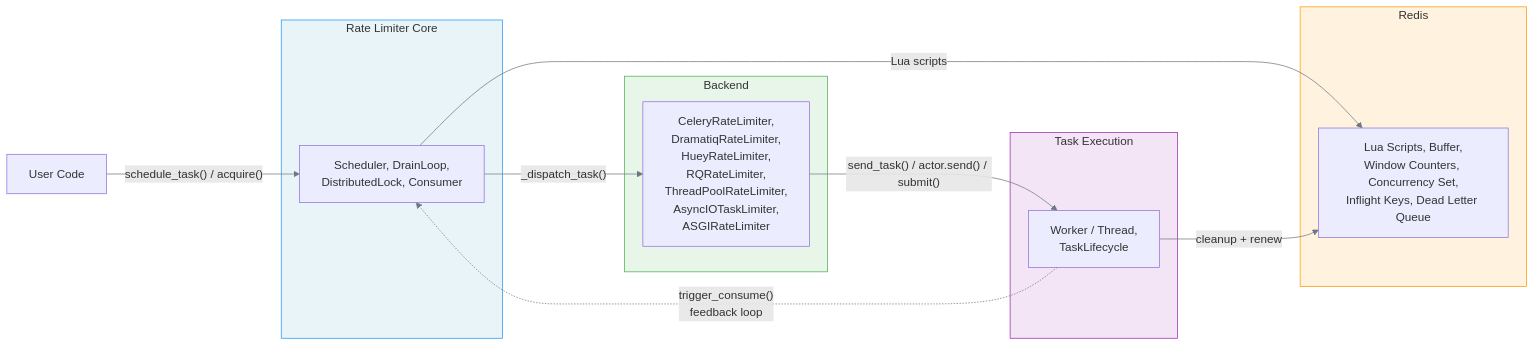
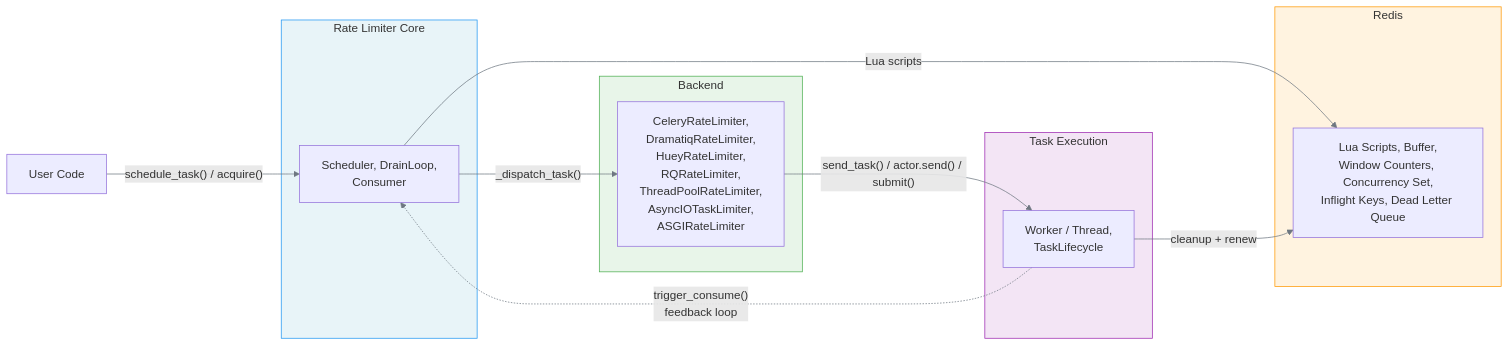
One commit to melroy999/redis-rate-limiter changed the first of 5 diagrams in docs/architecture/components.md. Above: the diagram before and after it, drawn with Mermaid. The commit also changed other lines of this file and 34 other files, not shown here.

````diff
--- a/docs/architecture/components.md
+++ b/docs/architecture/components.md
@@ -13,33 +13,33 @@
 ```mermaid
 %%{init: {"theme": "default", "themeVariables": {"lineColor": "#6e7781"}}}%%
 graph LR
     User["User Code"]
 
     subgraph Limiter ["Rate Limiter Core"]
-        LimiterBlock["Scheduler, DrainLoop,<br>DistributedLock, Consumer"]
+        LimiterBlock["Scheduler, DrainLoop,<br>Consumer"]
     end
 
     subgraph RedisLayer ["Redis"]
         RedisBlock["Lua Scripts, Buffer,<br>Window Counters, Concurrency Set,<br>Inflight Keys, Dead Letter Queue"]
     end
 
     subgraph Backends ["Backend"]
         BackendBlock["CeleryRateLimiter,<br>DramatiqRateLimiter,<br>HueyRateLimiter,<br>RQRateLimiter,<br>ThreadPoolRateLimiter,<br>AsyncIOTaskLimiter,<br>ASGIRateLimiter"]
     end
 
     subgraph Execution ["Task Execution"]
         ExecBlock["Worker / Thread,<br>TaskLifecycle"]
     end
 
     User -->|"schedule_task() / acquire()"| LimiterBlock
     LimiterBlock -->|"Lua scripts"| RedisBlock
     LimiterBlock -->|"_dispatch_task()"| BackendBlock
     BackendBlock -->|"send_task() / actor.send() / submit()"| ExecBlock
     ExecBlock -->|"cleanup + renew"| RedisBlock
     ExecBlock -.->|"trigger_consume()<br>feedback loop"| LimiterBlock
 
     style Limiter fill:#e8f4f8,stroke:#2196F3
     style RedisLayer fill:#fff3e0,stroke:#FF9800
     style Backends fill:#e8f5e9,stroke:#4CAF50
     style Execution fill:#f3e5f5,stroke:#9C27B0
 ```
````
